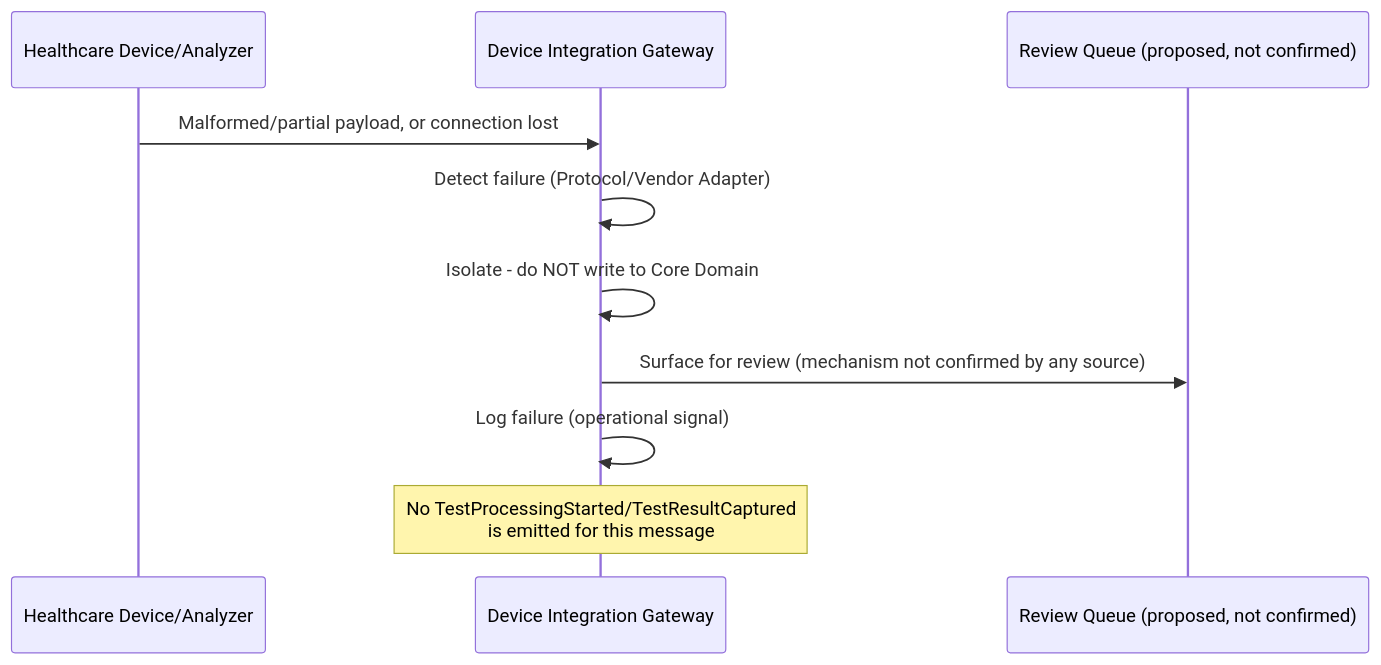
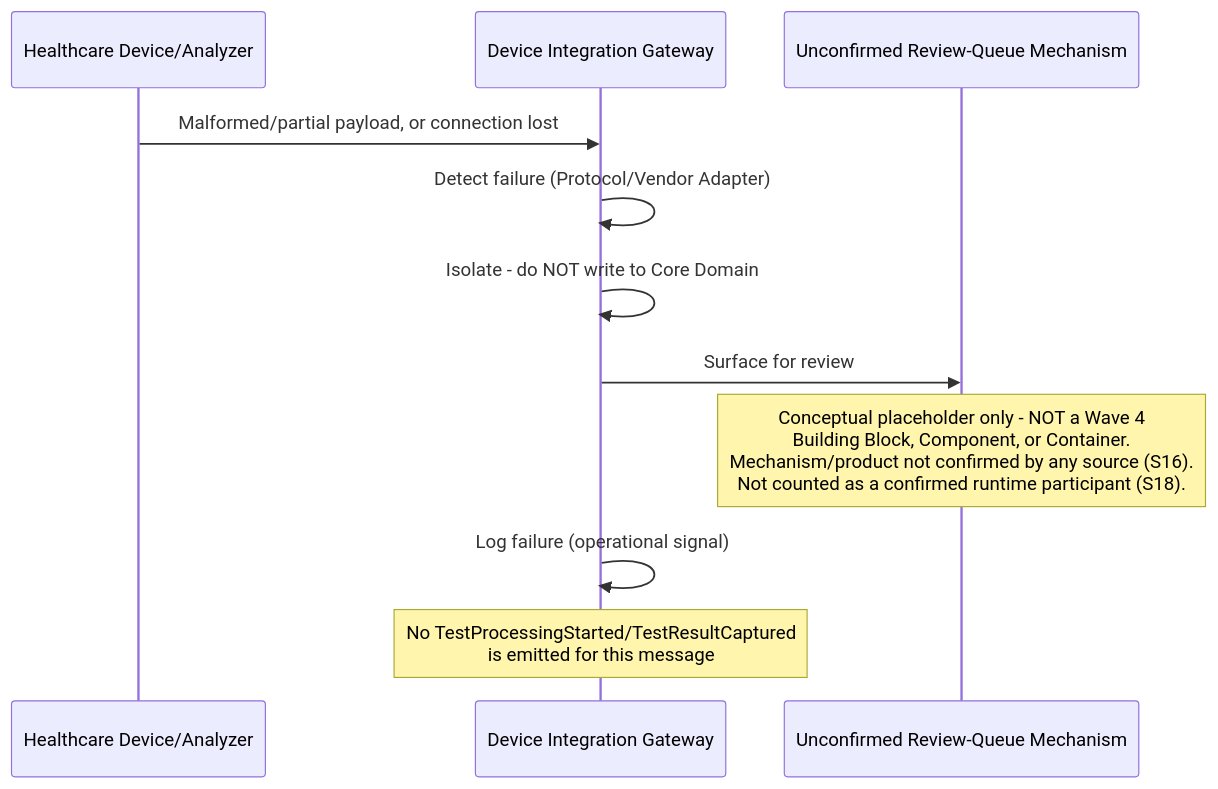
One commit to Darhous/test-m3ml changed the fifth of 14 diagrams in docs/sad/05-runtime-view.md. Above: the diagram before and after it, drawn with Mermaid. The commit also changed other lines of this file, not shown here.

First line of the commit message:
docs(sad): correct Wave 5 pre-acceptance semantics

````diff
--- a/docs/sad/05-runtime-view.md
+++ b/docs/sad/05-runtime-view.md
@@ -319,13 +319,14 @@
 ```mermaid
 sequenceDiagram
     participant Dev as Healthcare Device/Analyzer
     participant DIG as Device Integration Gateway
-    participant Rev as Review Queue (proposed, not confirmed)
+    participant Rev as Unconfirmed Review-Queue Mechanism
 
     Dev->>DIG: Malformed/partial payload, or connection lost
     DIG->>DIG: Detect failure (Protocol/Vendor Adapter)
     DIG->>DIG: Isolate - do NOT write to Core Domain
-    DIG->>Rev: Surface for review (mechanism not confirmed by any source)
+    DIG->>Rev: Surface for review
+    Note over Rev: Conceptual placeholder only - NOT a Wave 4<br/>Building Block, Component, or Container.<br/>Mechanism/product not confirmed by any source (S16).<br/>Not counted as a confirmed runtime participant (S18).
     DIG->>DIG: Log failure (operational signal)
     Note over DIG: No TestProcessingStarted/TestResultCaptured<br/>is emitted for this message
 ```
````
